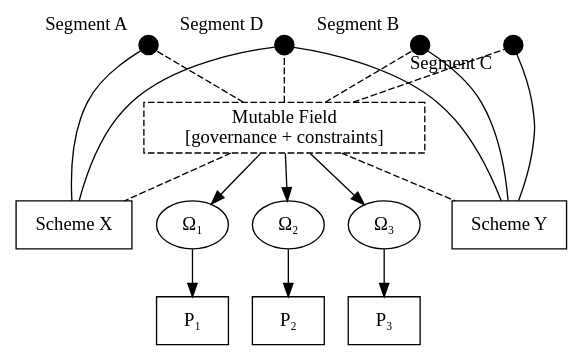
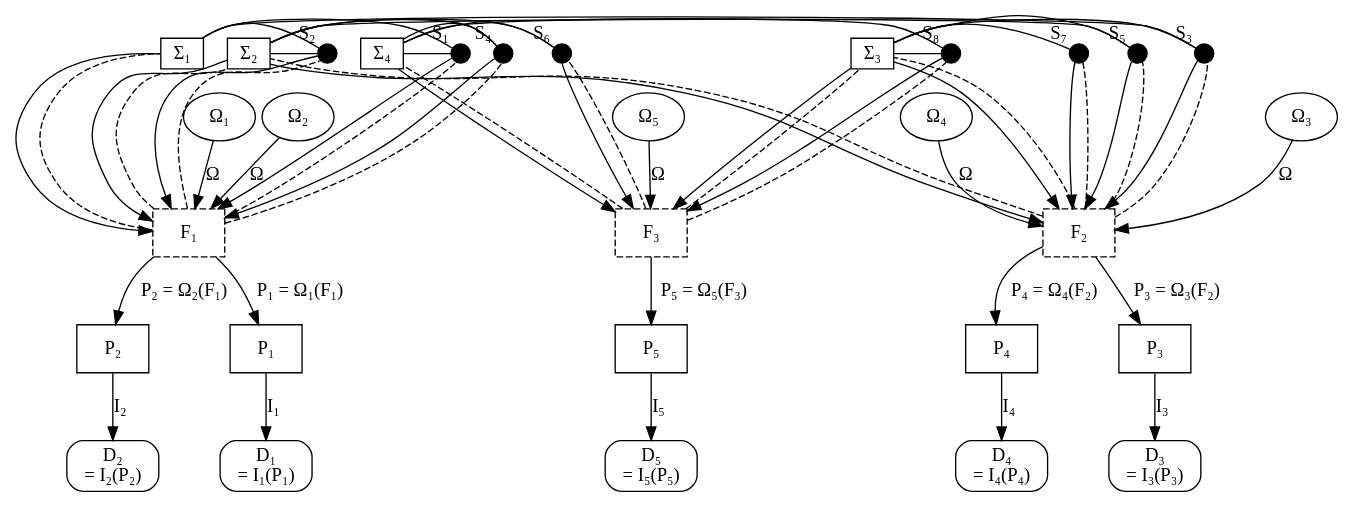
The second of 8 diagrams in docs/Whitepaper.qmd (ssccsorg/ssccs), drawn with Graphviz before and after one commit. The commit also changed other lines of this file and 3 other files, not shown here.

Commit message:
wp: enhance ssccs model diagram part

````diff
--- a/docs/Whitepaper.qmd
+++ b/docs/Whitepaper.qmd
@@ -192,80 +210,114 @@
 ```{dot}
-//| label: fig-ssccs-integrated
-//| fig-cap: "SSCCS integrated view: Schemes, Segments, Field, Observations, and Projections"
-digraph SSCCS_Integrated {
-    rankdir=TB;
+//| label: fig-ssccs-multifield
+//| fig-cap: "SSCCS multi-field, multi-observation parallel model with rich segment set"
+digraph SSCCS_MultiField {
     node [shape=rect];
     
-    // === Ranks ===
-    // Top: Segments (atomic coordinates)
+    // === Leftmost rank: Segments and Schemes (immutable) ===
     { rank=source;
+        // Segments (atomic coordinates)
         node [shape=point, width=0.2, height=0.2];
-        sA [xlabel="Segment A"];
-        sB [xlabel="Segment B"];
-        sC [xlabel="Segment C"];
-        sD [xlabel="Segment D"];
-    }
-    { rank=same; sA; sB; sC; sD; }
-    
-    // Second: Schemes (structural blueprints)
-    { rank=2;
-        node [shape=box];
-        schemeX [label="Scheme X"];
-        schemeY [label="Scheme Y"];
-    }
-    { rank=same; schemeX; schemeY; }
-    
-    // Third: Field (dynamic governance)
-    { rank=3;
-        Field [label="Mutable Field\n[governance + constraints]", shape=rect, style=dashed];
+        s1 [xlabel="S₁"];
+        s2 [xlabel="S₂"];
+        s3 [xlabel="S₃"];
+        s4 [xlabel="S₄"];
+        s5 [xlabel="S₅"];
+        s6 [xlabel="S₆"];
+        s7 [xlabel="S₇"];
+        s8 [xlabel="S₈"];
+        
+        // Schemes (structural blueprints)
+        node [shape=box, style=solid];
+        sch1 [label="Σ₁"];
+        sch2 [label="Σ₂"];
+        sch3 [label="Σ₃"];
+        sch4 [label="Σ₄"];
+        
+        // Arrange in order: all segments then all schemes (will stack vertically)
+        // We don't need to specify order; DOT will place them in the order they appear.
     }
     
-    // Fourth: Observation events
+    // === Second rank: Fields (dynamic governance) ===
+    { rank=2;
+        node [shape=rect, style=dashed];
+        f1 [label="F₁"];
+        f2 [label="F₂"];
+        f3 [label="F₃"];
+    }
+    { rank=same; f1; f2; f3; }
+    
+    // === Third rank: Observation events ===
+    { rank=3;
+        node [shape=ellipse];
+        o1 [label="Ω₁"];
+        o2 [label="Ω₂"];
+        o3 [label="Ω₃"];
+        o4 [label="Ω₄"];
+        o5 [label="Ω₅"];
+    }
+    { rank=same; o1; o2; o3; o4; o5; }
+    
+    // === Fourth rank: Projections (manifested states) ===
     { rank=4;
-        node [shape=ellipse];
-        O1 [label="Ω₁"];
-        O2 [label="Ω₂"];
-        O3 [label="Ω₃"];
+        node [shape=box];
+        p1 [label="P₁"];
+        p2 [label="P₂"];
+        p3 [label="P₃"];
+        p4 [label="P₄"];
+        p5 [label="P₅"];
     }
-    { rank=same; O1; O2; O3; }
+    { rank=same; p1; p2; p3; p4; p5; }
     
-    // Bottom: Projections (results)
+    // === Fifth rank: Interpreted Data (final deterministic values) ===
     { rank=5;
-        node [shape=box];
-        P1 [label="P₁"];
-        P2 [label="P₂"];
-        P3 [label="P₃"];
+        node [shape=box, style=rounded];
+        d1 [label="D₁\n= I₁(P₁)"];
+        d2 [label="D₂\n= I₂(P₂)"];
+        d3 [label="D₃\n= I₃(P₃)"];
+        d4 [label="D₄\n= I₄(P₄)"];
+        d5 [label="D₅\n= I₅(P₅)"];
     }
-    { rank=same; P1; P2; P3; }
+    { rank=same; d1; d2; d3; d4; d5; }
     
-    // === Edges ===
+    // === Scheme–Segment structural relations (undirected lines) ===
+    edge [arrowhead=none, style=solid];
+    sch1 -> s1; sch1 -> s2; sch1 -> s3;
+    sch2 -> s2; sch2 -> s4; sch2 -> s5; sch2 -> s6;
+    sch3 -> s3; sch3 -> s5; sch3 -> s7; sch3 -> s8;
+    sch4 -> s1; sch4 -> s4; sch4 -> s6; sch4 -> s8;
     
-    // Scheme–Segment relationships (undirected lines)
-    edge [arrowhead=none, style=solid];
-    schemeX -> sA;      // 1:1 – Scheme X references only A
-    schemeY -> sB;
-    schemeY -> sC;
-    schemeY -> sD;      // 1:N – Scheme Y references B, C, D
-    schemeX -> sD;      // N:M – Segment D is referenced by both Scheme X and Y
+    // === Field influences on Schemes and Segments (dashed) ===
+    edge [arrowhead=none, style=dashed];
+    f1 -> sch1; f1 -> sch2; f1 -> s1; f1 -> s2; f1 -> s4;
+    f2 -> sch2; f2 -> sch3; f2 -> s3; f2 -> s5; f2 -> s7;
+    f3 -> sch3; f3 -> sch4; f3 -> s6; f3 -> s8;
     
-    // Field influences Schemes and Segments (dashed)
-    edge [arrowhead=none, style=dashed];
-    Field -> schemeX;
-    Field -> schemeY;
-    Field -> sA;
-    Field -> sB;
-    Field -> sC;
-    Field -> sD;
+    // === Structural input: Schemes and Segments define Field boundaries (solid) ===
+    edge [arrowhead=normal, style=solid];
+    sch1 -> f1; sch2 -> f1; sch2 -> f2; sch3 -> f2; sch3 -> f3; sch4 -> f3;
+    s1 -> f1; s2 -> f1; s3 -> f2; s4 -> f1; s5 -> f2; s6 -> f3; s7 -> f2; s8 -> f3;
     
-    // Observation inputs: each Ω takes a Scheme and the Field
+    // === Trigger mechanism: Each Observation applies to a Field ===
     edge [arrowhead=normal, style=solid];
-    Field -> O1;
-    Field -> O2;
-    Field -> O3;
+    o1 -> f1 [label="Ω"];
+    o2 -> f1 [label="Ω"];
+    o3 -> f2 [label="Ω"];
+    o4 -> f2 [label="Ω"];
+    o5 -> f3 [label="Ω"];
     
-    // Observation outputs: each Ω produces a Projection
-    O1 -> P1;
-    O2 -> P2;
-    O3 -> P3;
+    // === Field manifests Projection under observation ===
+    f1 -> p1 [label="P₁ = Ω₁(F₁)"];
+    f1 -> p2 [label="P₂ = Ω₂(F₁)"];
+    f2 -> p3 [label="P₃ = Ω₃(F₂)"];
+    f2 -> p4 [label="P₄ = Ω₄(F₂)"];
+    f3 -> p5 [label="P₅ = Ω₅(F₃)"];
+    
+    // === Interpretation: Projection yields deterministic Data ===
+    edge [arrowhead=normal, style=solid];
+    p1 -> d1 [label="I₁"];
+    p2 -> d2 [label="I₂"];
+    p3 -> d3 [label="I₃"];
+    p4 -> d4 [label="I₄"];
+    p5 -> d5 [label="I₅"];
 }
 ```
````
